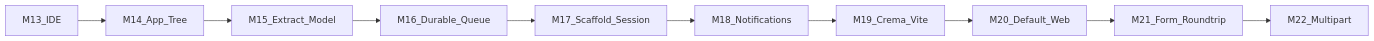
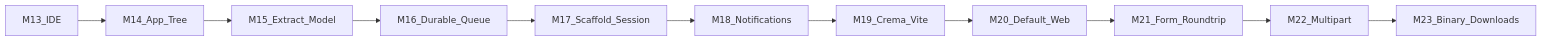
The second of 2 diagrams in MILESTONES.md (konaframework/kona), drawn with Mermaid before and after one commit. The commit also changed other lines of this file and 43 other files, not shown here.

First line of the commit message:
M23: Binary downloads & signed storage (#42)

````diff
--- a/MILESTONES.md
+++ b/MILESTONES.md
@@ -751,12 +779,13 @@
 ```mermaid
 flowchart LR
   M13[M13_IDE] --> M14[M14_App_Tree]
   M14 --> M15[M15_Extract_Model]
   M15 --> M16[M16_Durable_Queue]
   M16 --> M17[M17_Scaffold_Session]
   M17 --> M18[M18_Notifications]
   M18 --> M19[M19_Crema_Vite]
   M19 --> M20[M20_Default_Web]
   M20 --> M21[M21_Form_Roundtrip]
   M21 --> M22[M22_Multipart]
+  M22 --> M23[M23_Binary_Downloads]
 ```
````
